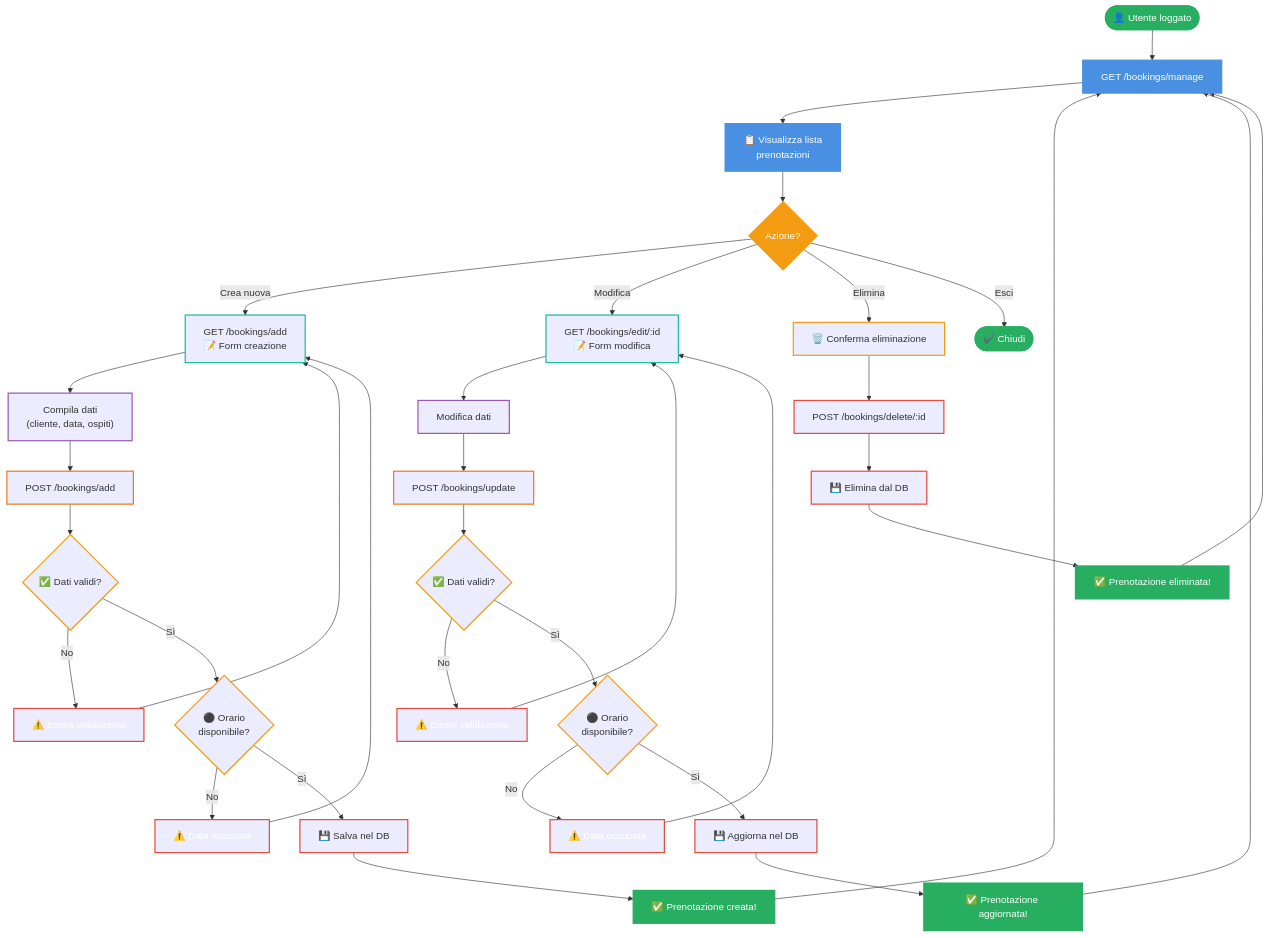
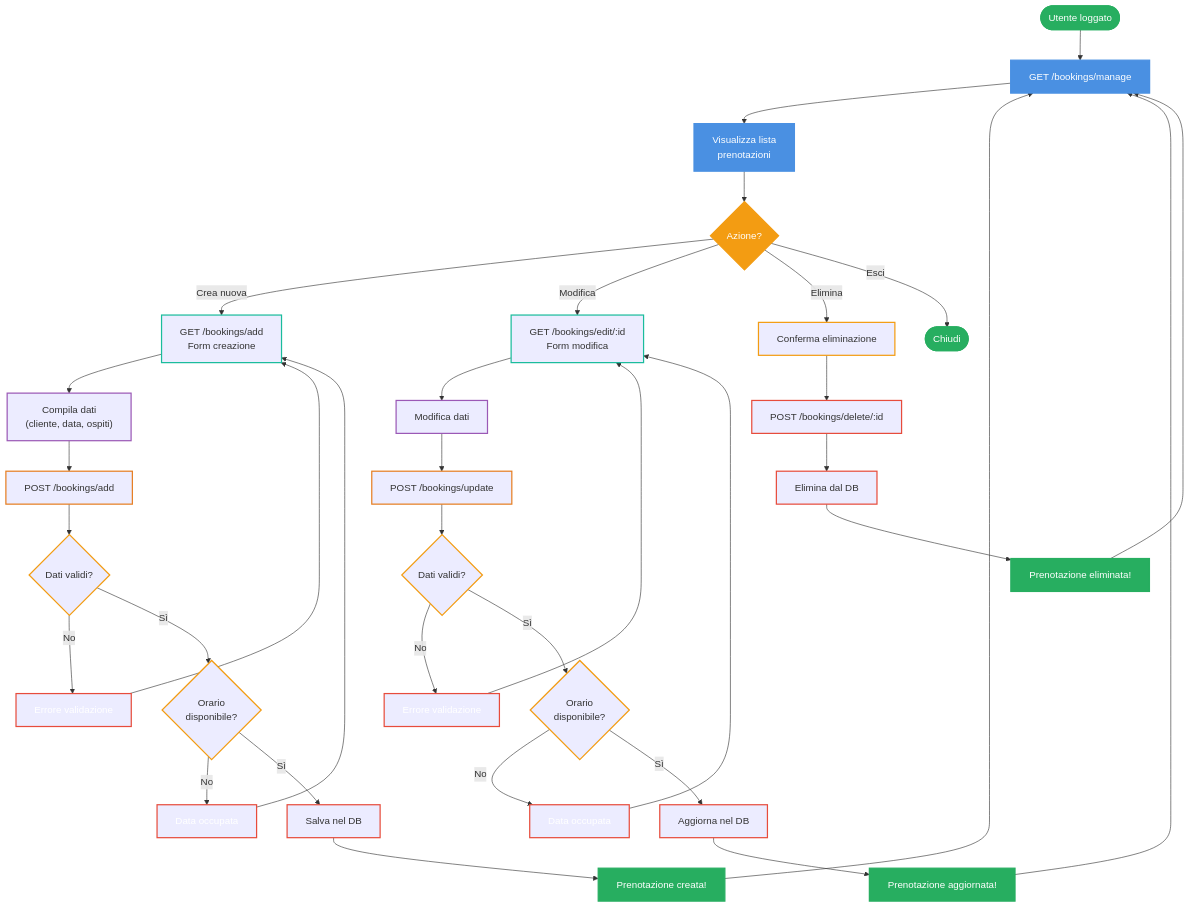
Before and after one commit to JavLomProjectWork/JavaBistrot: the second of 5 diagrams in docs/UI_Flows.md, drawn with Mermaid. The commit also changed other lines of this file, not shown here.

Commit message:
aggiornato ui flows schema

````diff
--- a/docs/UI_Flows.md
+++ b/docs/UI_Flows.md
@@ -100,81 +100,81 @@
 ```mermaid
 graph TD
-    Start([👤 Utente loggato]) --> ListEnd["GET /bookings/manage"]
+    Start([Utente loggato]) --> ListEnd["GET /bookings/manage"]
     
-    ListEnd --> ShowList["📋 Visualizza lista<br/>prenotazioni"]
+    ListEnd --> ShowList["Visualizza lista<br/>prenotazioni"]
     ShowList --> ActionChoice{"Azione?"}
     
-    ActionChoice -->|Crea nuova| CreateForm["GET /bookings/add<br/>📝 Form creazione"]
+    ActionChoice -->|Crea nuova| CreateForm["GET /bookings/add<br/>Form creazione"]
     CreateForm --> FillForm["Compila dati<br/>(cliente, data, ospiti)"]
     FillForm --> CreateSub["POST /bookings/add"]
-    CreateSub --> ValidateC{"✅ Dati validi?"}
+    CreateSub --> ValidateC{"Dati validi?"}
     
-    ValidateC -->|No| ErrorC["⚠️ Errore validazione"]
+    ValidateC -->|No| ErrorC["Errore validazione"]
     ErrorC --> CreateForm
     
-    ValidateC -->|Sì| CheckConflictC{"⚫ Orario<br/>disponibile?"}
-    CheckConflictC -->|No| ConflictC["⚠️ Data occupata"]
+    ValidateC -->|Sì| CheckConflictC{"Orario<br/>disponibile?"}
+    CheckConflictC -->|No| ConflictC["Data occupata"]
     ConflictC --> CreateForm
     
-    CheckConflictC -->|Sì| SaveC["💾 Salva nel DB"]
-    SaveC --> SuccessC["✅ Prenotazione creata!"]
+    CheckConflictC -->|Sì| SaveC["Salva nel DB"]
+    SaveC --> SuccessC["Prenotazione creata!"]
     SuccessC --> ListEnd
     
-    ActionChoice -->|Modifica| EditForm["GET /bookings/edit/:id<br/>📝 Form modifica"]
+    ActionChoice -->|Modifica| EditForm["GET /bookings/edit/:id<br/>Form modifica"]
     EditForm --> FillEdit["Modifica dati"]
     FillEdit --> UpdateSub["POST /bookings/update"]
-    UpdateSub --> ValidateU{"✅ Dati validi?"}
+    UpdateSub --> ValidateU{"Dati validi?"}
     
-    ValidateU -->|No| ErrorU["⚠️ Errore validazione"]
+    ValidateU -->|No| ErrorU["Errore validazione"]
     ErrorU --> EditForm
     
-    ValidateU -->|Sì| CheckConflictU{"⚫ Orario<br/>disponibile?"}
-    CheckConflictU -->|No| ConflictU["⚠️ Data occupata"]
+    ValidateU -->|Sì| CheckConflictU{"Orario<br/>disponibile?"}
+    CheckConflictU -->|No| ConflictU["Data occupata"]
     ConflictU --> EditForm
     
-    CheckConflictU -->|Sì| SaveU["💾 Aggiorna nel DB"]
-    SaveU --> SuccessU["✅ Prenotazione aggiornata!"]
+    CheckConflictU -->|Sì| SaveU["Aggiorna nel DB"]
+    SaveU --> SuccessU["Prenotazione aggiornata!"]
     SuccessU --> ListEnd
     
-    ActionChoice -->|Elimina| DeleteConfirm["🗑️ Conferma eliminazione"]
+    ActionChoice -->|Elimina| DeleteConfirm["Conferma eliminazione"]
     DeleteConfirm --> DeleteSubmit["POST /bookings/delete/:id"]
-    DeleteSubmit --> SaveD["💾 Elimina dal DB"]
-    SaveD --> SuccessD["✅ Prenotazione eliminata!"]
+    DeleteSubmit --> SaveD["Elimina dal DB"]
+    SaveD --> SuccessD["Prenotazione eliminata!"]
     SuccessD --> ListEnd
     
-    ActionChoice -->|Esci| End([✔️ Chiudi])
+    ActionChoice -->|Esci| End([Chiudi])
     
     style Start fill:#27AE60,stroke:#27AE60,stroke-width:2px,color:#fff
     style ListEnd fill:#4A90E2,stroke:#4A90E2,stroke-width:2px,color:#fff
     style ShowList fill:#4A90E2,stroke:#4A90E2,stroke-width:2px,color:#fff
     style ActionChoice fill:#F39C12,stroke:#F39C12,stroke-width:2px,color:#fff
     
     style CreateForm stroke:#1ABC9C,stroke-width:2px
     style EditForm stroke:#1ABC9C,stroke-width:2px
     style FillForm stroke:#9B59B6,stroke-width:2px
     style FillEdit stroke:#9B59B6,stroke-width:2px
     
     style CreateSub stroke:#E67E22,stroke-width:2px
     style UpdateSub stroke:#E67E22,stroke-width:2px
     style DeleteSubmit stroke:#E74C3C,stroke-width:2px
     
     style ValidateC stroke:#F39C12,stroke-width:2px
     style ValidateU stroke:#F39C12,stroke-width:2px
     style CheckConflictC stroke:#F39C12,stroke-width:2px
     style CheckConflictU stroke:#F39C12,stroke-width:2px
     style DeleteConfirm stroke:#F39C12,stroke-width:2px
     
     style ErrorC stroke:#E74C3C,stroke-width:2px,color:#fff
     style ErrorU stroke:#E74C3C,stroke-width:2px,color:#fff
     style ConflictC stroke:#E74C3C,stroke-width:2px,color:#fff
     style ConflictU stroke:#E74C3C,stroke-width:2px,color:#fff
     
     style SaveC stroke:#E74C3C,stroke-width:2px
     style SaveU stroke:#E74C3C,stroke-width:2px
     style SaveD stroke:#E74C3C,stroke-width:2px
     
     style SuccessC fill:#27AE60,stroke:#27AE60,stroke-width:2px,color:#fff
     style SuccessU fill:#27AE60,stroke:#27AE60,stroke-width:2px,color:#fff
     style SuccessD fill:#27AE60,stroke:#27AE60,stroke-width:2px,color:#fff
     style End fill:#27AE60,stroke:#27AE60,stroke-width:2px,color:#fff
 ```
````
